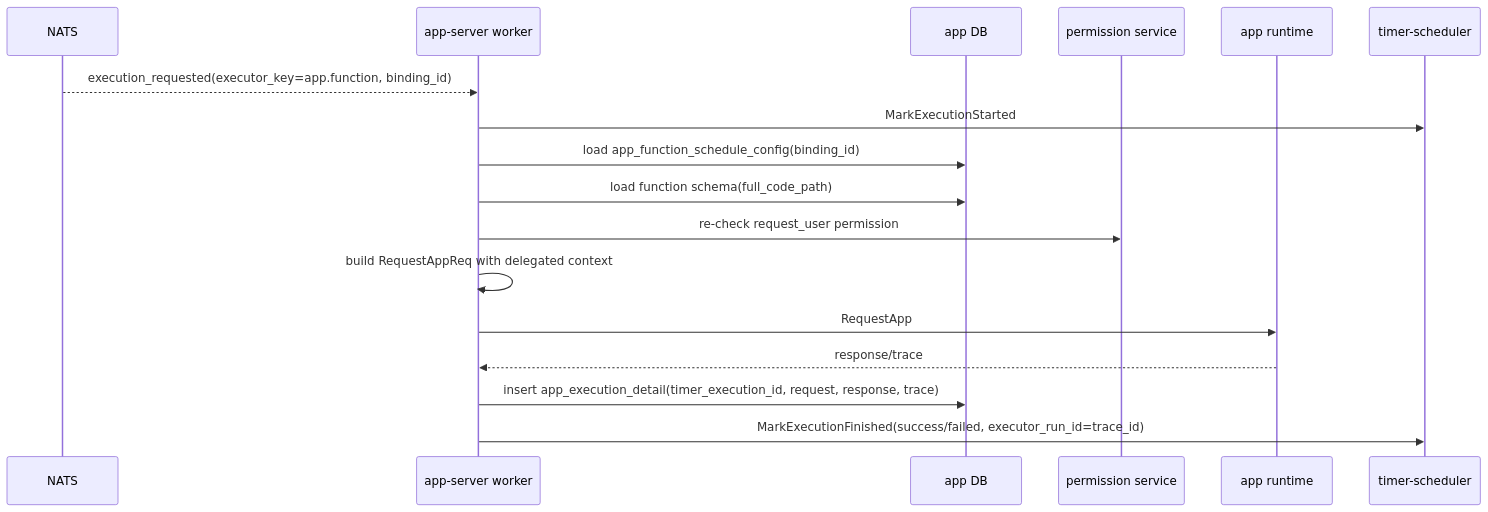
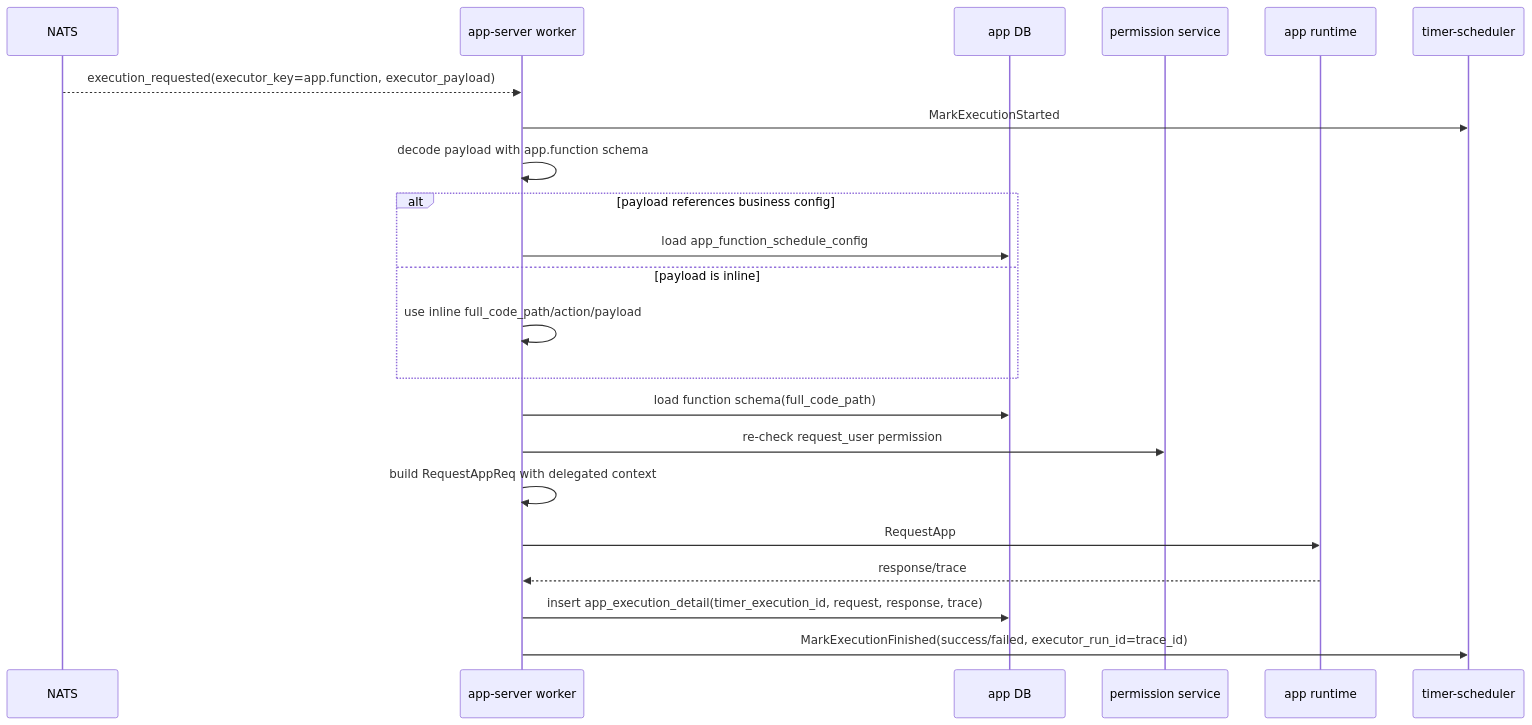
The tenth of 17 diagrams in docs/scheduled-tasks-architecture-design.md (kageos/kageos), drawn with Mermaid before and after one commit. The commit also changed other lines of this file, not shown here.

Commit message:
docs: clarify scheduler payload ownership

````diff
--- a/docs/scheduled-tasks-architecture-design.md
+++ b/docs/scheduled-tasks-architecture-design.md
@@ -345,20 +422,25 @@
 ```mermaid
 sequenceDiagram
   participant NATS as NATS
   participant Worker as app-server worker
   participant AppDB as app DB
   participant Permission as permission service
   participant Runtime as app runtime
   participant Timer as timer-scheduler
 
-  NATS-->>Worker: execution_requested(executor_key=app.function, binding_id)
+  NATS-->>Worker: execution_requested(executor_key=app.function, executor_payload)
   Worker->>Timer: MarkExecutionStarted
-  Worker->>AppDB: load app_function_schedule_config(binding_id)
+  Worker->>Worker: decode payload with app.function schema
+  alt payload references business config
+    Worker->>AppDB: load app_function_schedule_config
+  else payload is inline
+    Worker->>Worker: use inline full_code_path/action/payload
+  end
   Worker->>AppDB: load function schema(full_code_path)
   Worker->>Permission: re-check request_user permission
   Worker->>Worker: build RequestAppReq with delegated context
   Worker->>Runtime: RequestApp
   Runtime-->>Worker: response/trace
   Worker->>AppDB: insert app_execution_detail(timer_execution_id, request, response, trace)
   Worker->>Timer: MarkExecutionFinished(success/failed, executor_run_id=trace_id)
 ```
````
